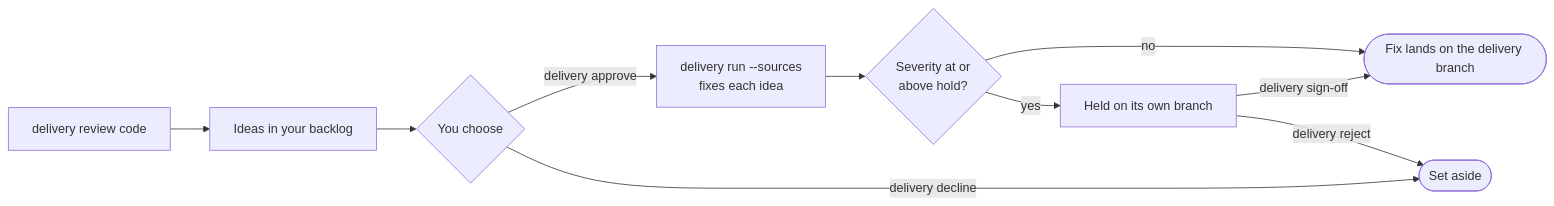
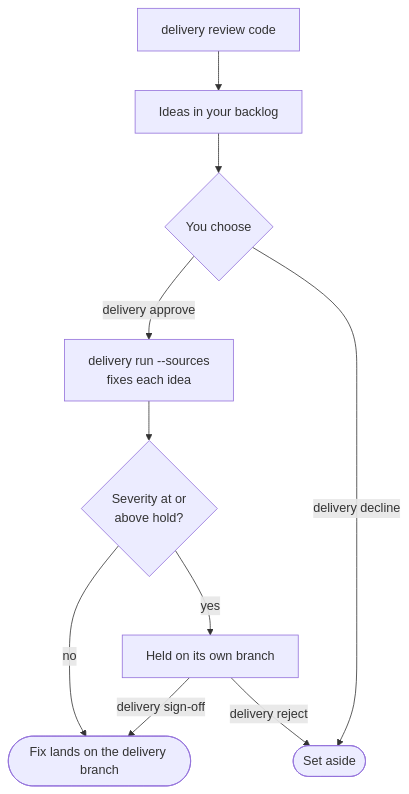
The diagram in docs/task-packs.md (jorjives/delivery-service), drawn with Mermaid before and after one commit.

Commit message:
Lay the review flow out top to bottom
Left to right, the diagram was wider than the page, so the browser shrank its
text until it was unreadable on a phone. Vertical keeps it at full size.

````diff
--- a/docs/task-packs.md
+++ b/docs/task-packs.md
@@ -9,12 +9,12 @@
 ```mermaid
-flowchart LR
+flowchart TD
     A[delivery review code] --> B[Ideas in your backlog]
     B --> C{You choose}
     C -->|delivery approve| D[delivery run --sources<br/>fixes each idea]
     C -->|delivery decline| X([Set aside])
     D --> E{Severity at or<br/>above hold?}
     E -->|no| F([Fix lands on the delivery branch])
     E -->|yes| G[Held on its own branch]
     G -->|delivery sign-off| F
     G -->|delivery reject| X
 ```
````
